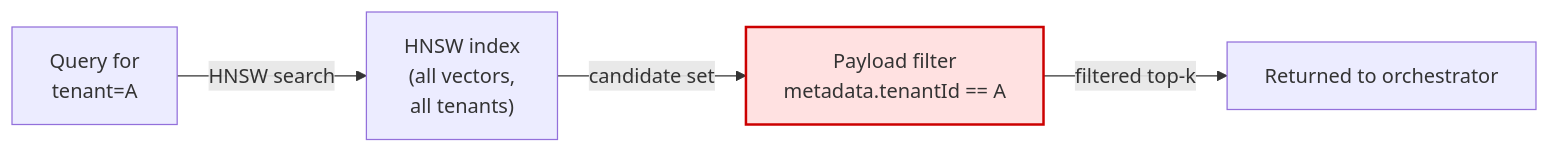
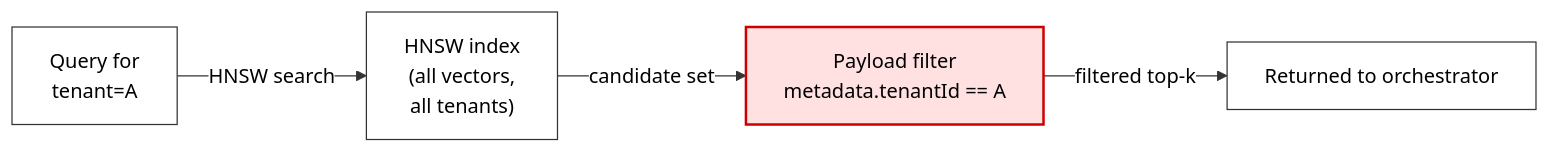
One commit to teleoric/rag-poc changed the fifth of 6 diagrams in docs/architecture.md. Above: the diagram before and after it, drawn with Mermaid. The commit also changed other lines of this file and 2 other files, not shown here.

First line of the commit message:
Force readable text on Mermaid diagrams under GitHub dark mode

````diff
--- a/docs/architecture.md
+++ b/docs/architecture.md
@@ -193,8 +197,11 @@
 ```mermaid
+%%{init: {'theme':'base','themeVariables':{'primaryColor':'#ffffff','primaryTextColor':'#000000','primaryBorderColor':'#333333','lineColor':'#333333','textColor':'#000000'}}}%%
 flowchart LR
     q["Query for<br/>tenant=A"] -->|HNSW search| idx["HNSW index<br/>(all vectors,<br/>all tenants)"]
     idx -->|candidate set| filter["Payload filter<br/>metadata.tenantId == A"]
     filter -->|filtered top-k| out["Returned to orchestrator"]
 
-    style filter fill:#ffe1e1,stroke:#cc0000,stroke-width:2px
+    classDef boxes fill:#ffffff,stroke:#333333,stroke-width:1px,color:#000000
+    class q,idx,out boxes
+    style filter fill:#ffe1e1,stroke:#cc0000,stroke-width:2px,color:#000000
 ```
````
